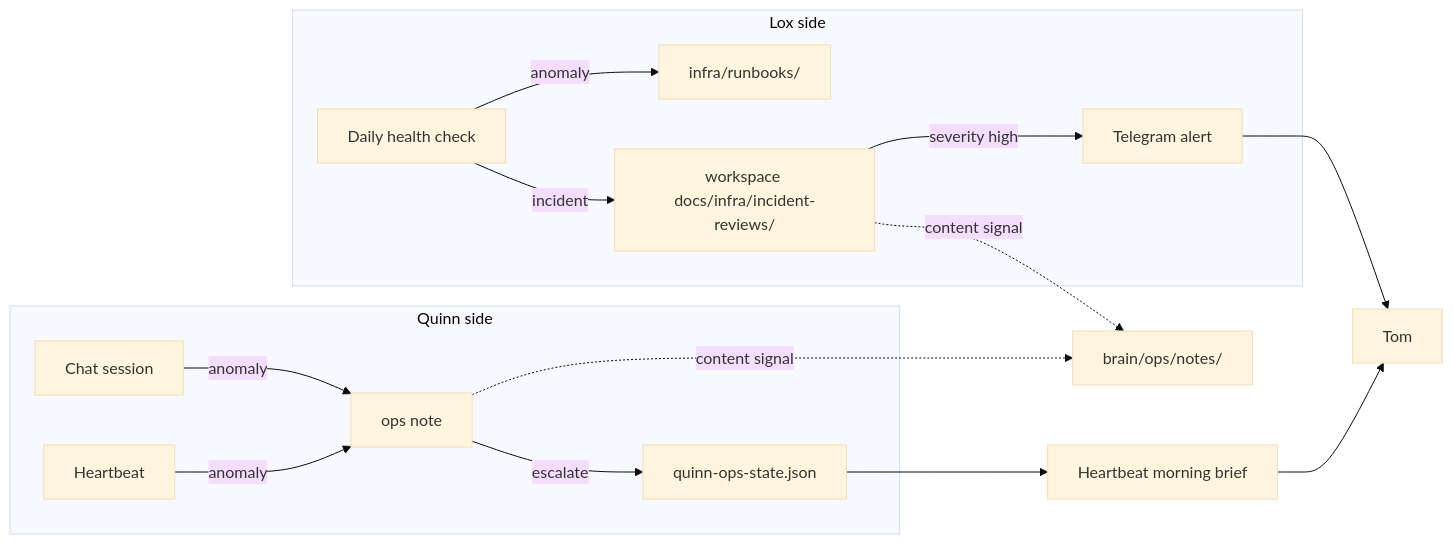
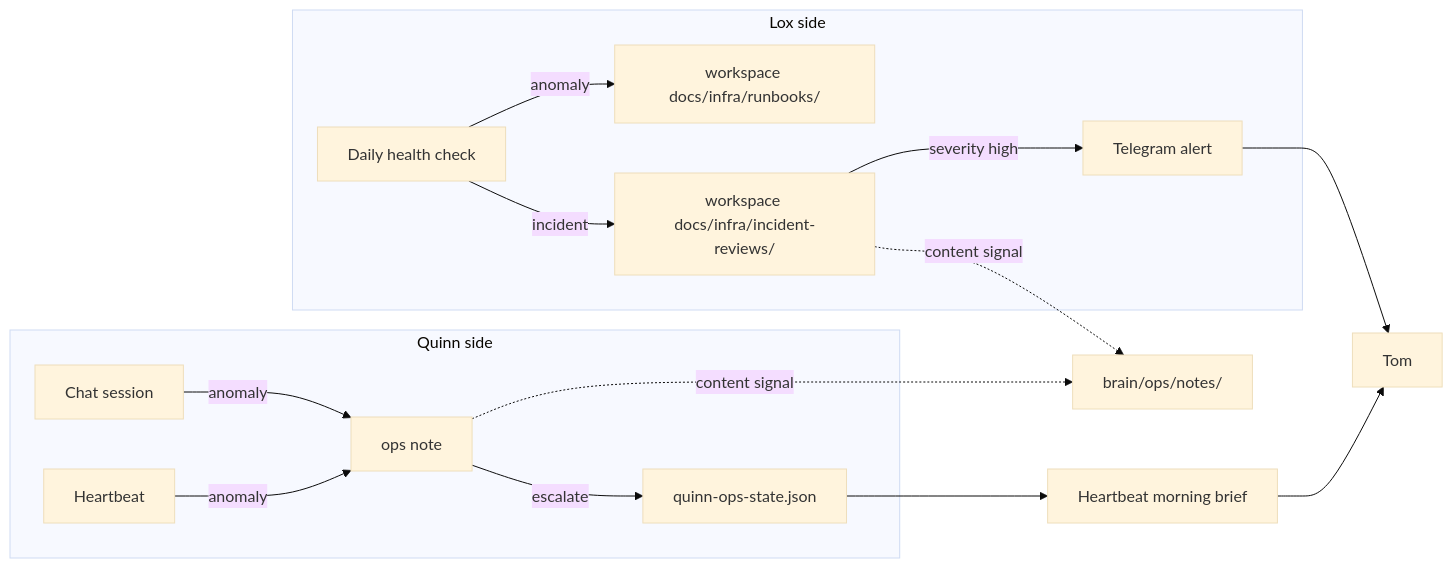
The sixth of 6 diagrams in docs/systems/agent-orchestration.md (Stoffer-Industries/sindustries), drawn with Mermaid (base theme) before and after one commit. The commit also changed other lines of this file and 16 other files, not shown here.

````diff
--- a/docs/systems/agent-orchestration.md
+++ b/docs/systems/agent-orchestration.md
@@ -269,21 +269,21 @@
 ```mermaid
 flowchart LR
   subgraph lox_side[Lox side]
-    lox_check[Daily health check] -->|anomaly| lox_runbook[infra/runbooks/]
+    lox_check[Daily health check] -->|anomaly| lox_runbook[workspace docs/infra/runbooks/]
     lox_check -->|incident| lox_ir[workspace docs/infra/incident-reviews/]
     lox_ir -->|severity high| lox_alert[Telegram alert]
   end
 
   subgraph quinn_side[Quinn side]
     chat[Chat session] -->|anomaly| op_note[ops note]
     hb[Heartbeat] -->|anomaly| op_note
     op_note -->|escalate| op_state[quinn-ops-state.json]
   end
 
   lox_alert --> tom[Tom]
   op_state --> brief[Heartbeat morning brief]
   brief --> tom
 
   lox_ir -.->|content signal| daily_notes[brain/ops/notes/]
   op_note -.->|content signal| daily_notes
 ```
````
